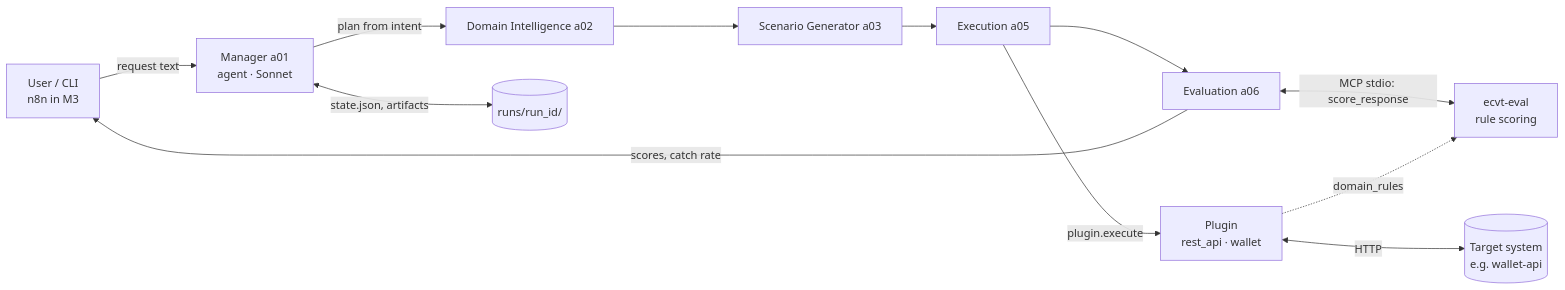
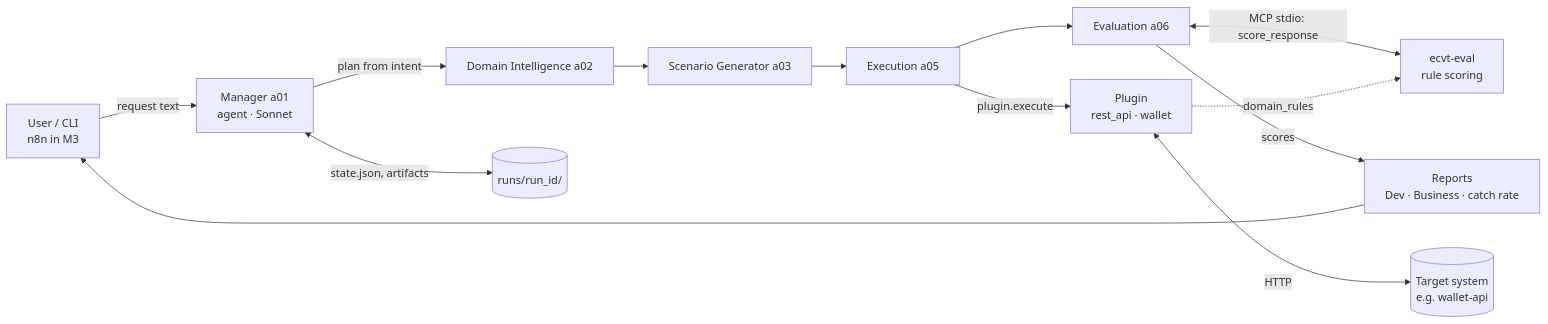
One commit to aozan88/ecvt changed the diagram in docs/02-architecture/architecture.md. Above: the diagram before and after it, drawn with Mermaid. The commit also changed other lines of this file and 7 other files, not shown here.

First line of the commit message:
feat(report): Dev + Business reports, Markdown and HTML (M3-T4)

````diff
--- a/docs/02-architecture/architecture.md
+++ b/docs/02-architecture/architecture.md
@@ -11,14 +11,15 @@
 ```mermaid
 flowchart LR
     U[User / CLI<br/>n8n in M3] -->|request text| M[Manager a01<br/>agent · Sonnet]
     M -->|plan from intent| DI[Domain Intelligence a02]
     DI --> SG[Scenario Generator a03]
     SG --> EX[Execution a05]
     EX --> EV[Evaluation a06]
     EV <-->|MCP stdio: score_response| ES[ecvt-eval<br/>rule scoring]
     EX -->|plugin.execute| P[Plugin<br/>rest_api · wallet]
     P <-->|HTTP| T[(Target system<br/>e.g. wallet-api)]
     P -.->|domain_rules| ES
     M <-->|state.json, artifacts| R[(runs/run_id/)]
-    EV -->|scores, catch rate| U
+    EV -->|scores| RP[Reports<br/>Dev · Business · catch rate]
+    RP --> U
 ```
````
